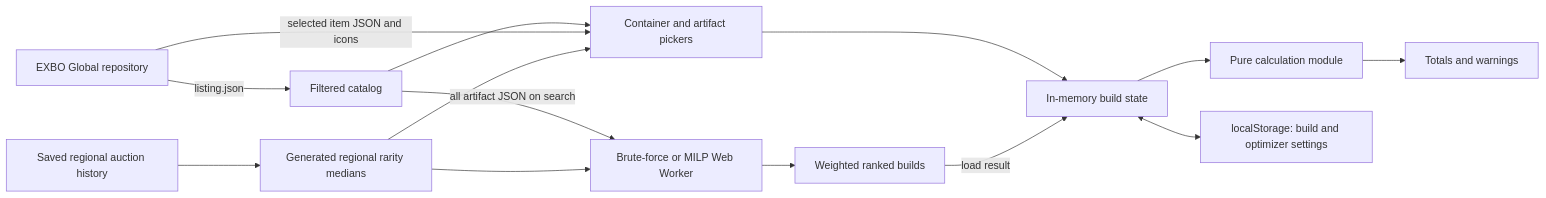
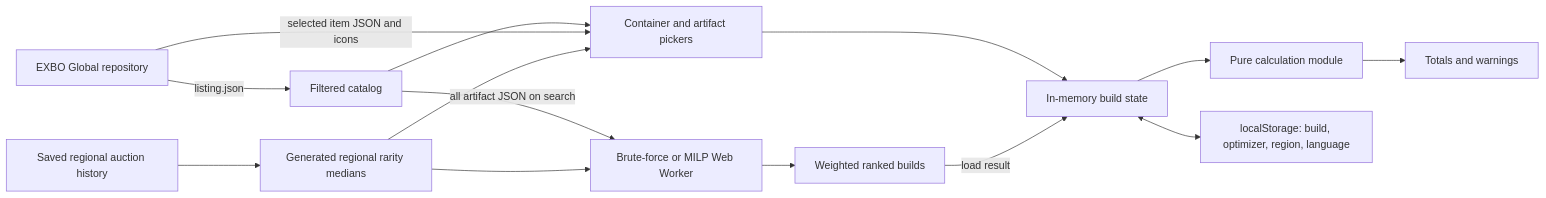
Before and after one commit to mzmrk/stalzone-field-kit: the diagram in docs/architecture.md, drawn with Mermaid. The commit also changed other lines of this file and 14 other files, not shown here.

````diff
--- a/docs/architecture.md
+++ b/docs/architecture.md
@@ -20,16 +19,16 @@
 ```mermaid
 flowchart LR
     EXBO["EXBO Global repository"] -->|listing.json| Catalog["Filtered catalog"]
     Snapshot["Saved regional auction history"] --> PriceIndex["Generated regional rarity medians"]
     Catalog --> Picker["Container and artifact pickers"]
     EXBO -->|selected item JSON and icons| Picker
     PriceIndex --> Picker
     Picker --> Build["In-memory build state"]
     Build --> Calculator["Pure calculation module"]
     Calculator --> Results["Totals and warnings"]
-    Build <--> Storage["localStorage: build and optimizer settings"]
+    Build <--> Storage["localStorage: build, optimizer, region, language"]
     Catalog -->|all artifact JSON on search| Optimizer["Brute-force or MILP Web Worker"]
     PriceIndex --> Optimizer
     Optimizer --> Ranked["Weighted ranked builds"]
     Ranked -->|load result| Build
 ```
````
